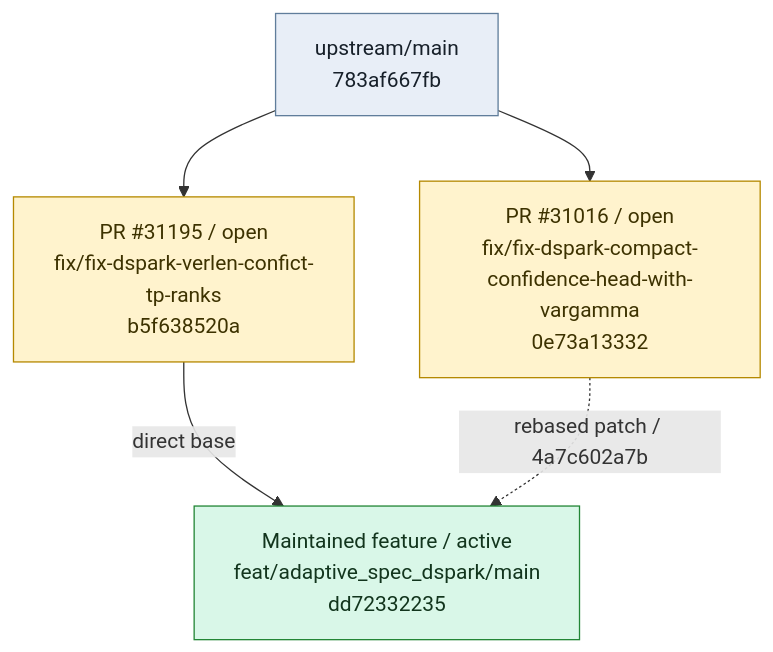
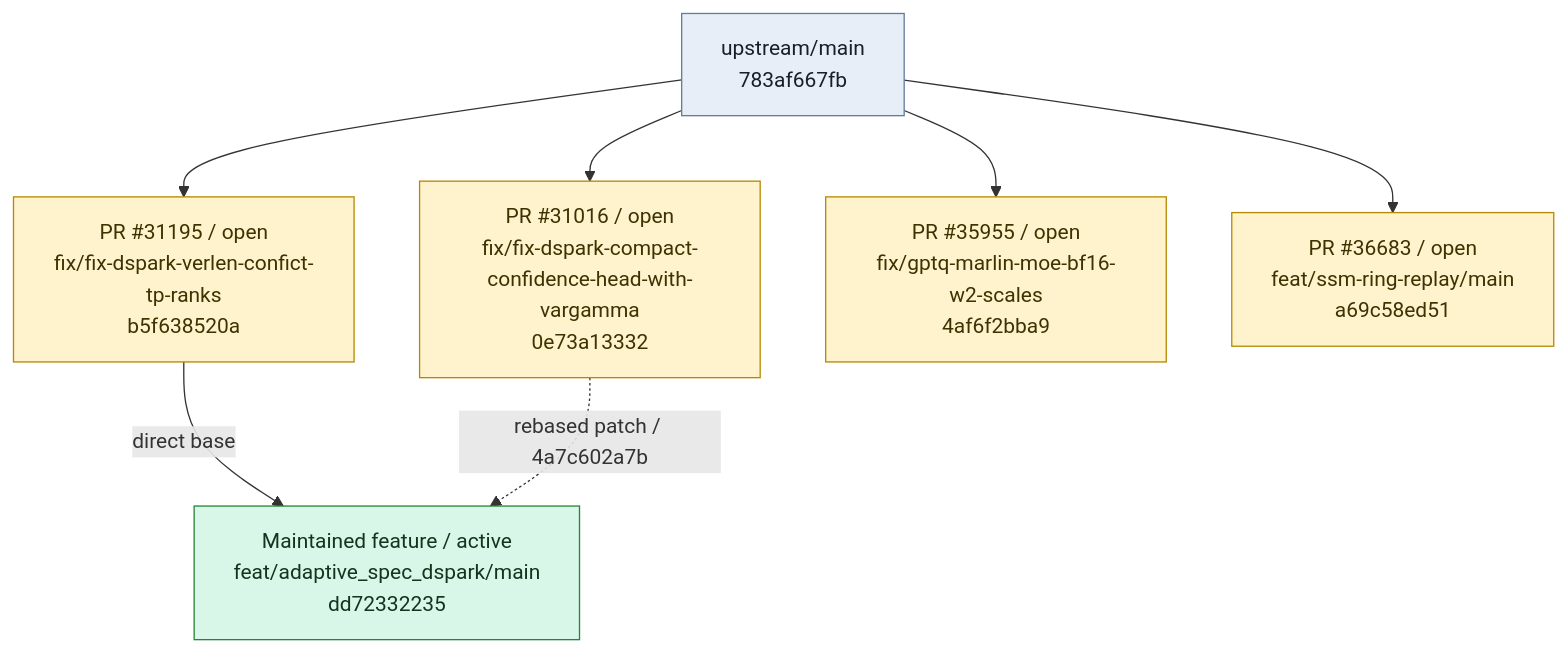
One commit to EanWang211123/sglang changed the first of 2 diagrams in BRANCH_GRAPH.md. Above: the diagram before and after it, drawn with Mermaid. The commit also changed 2 other files, not shown here.

Commit message:
meta: register PRs 35955 and 36683

````diff
--- a/BRANCH_GRAPH.md
+++ b/BRANCH_GRAPH.md
@@ -11,20 +11,26 @@
 ```mermaid
 flowchart TD
     base_upstream_main["upstream/main<br/>783af667fb"]
     branch_dspark_tp_budget_sync["PR #31195 / open<br/>fix/fix-dspark-verlen-confict-tp-ranks<br/>b5f638520a"]
     base_upstream_main --> branch_dspark_tp_budget_sync
     click branch_dspark_tp_budget_sync "https://github.com/sgl-project/sglang/pull/31195"
     branch_dspark_runtime_gamma["PR #31016 / open<br/>fix/fix-dspark-compact-confidence-head-with-vargamma<br/>0e73a13332"]
     base_upstream_main --> branch_dspark_runtime_gamma
     click branch_dspark_runtime_gamma "https://github.com/sgl-project/sglang/pull/31016"
+    branch_gptq_marlin_moe_bf16_w2_scales["PR #35955 / open<br/>fix/gptq-marlin-moe-bf16-w2-scales<br/>4af6f2bba9"]
+    base_upstream_main --> branch_gptq_marlin_moe_bf16_w2_scales
+    click branch_gptq_marlin_moe_bf16_w2_scales "https://github.com/sgl-project/sglang/pull/35955"
+    branch_replayssm_dflash_dspark["PR #36683 / open<br/>feat/ssm-ring-replay/main<br/>a69c58ed51"]
+    base_upstream_main --> branch_replayssm_dflash_dspark
+    click branch_replayssm_dflash_dspark "https://github.com/sgl-project/sglang/pull/36683"
     branch_dspark_adaptive["Maintained feature / active<br/>feat/adaptive_spec_dspark/main<br/>dd72332235"]
     click branch_dspark_adaptive "https://github.com/EanWang211123/sglang/tree/feat/adaptive_spec_dspark/main"
     branch_dspark_tp_budget_sync -->|"direct base"| branch_dspark_adaptive
     branch_dspark_runtime_gamma -.->|"rebased patch / 4a7c602a7b"| branch_dspark_adaptive
     classDef base fill:#e8eef7,stroke:#607d9b,color:#17202a
     classDef pr fill:#fff3cd,stroke:#b58900,color:#3d3200
     classDef feature fill:#d9f7e8,stroke:#238636,color:#12351d
     class base_upstream_main base
-    class branch_dspark_tp_budget_sync,branch_dspark_runtime_gamma pr
+    class branch_dspark_tp_budget_sync,branch_dspark_runtime_gamma,branch_gptq_marlin_moe_bf16_w2_scales,branch_replayssm_dflash_dspark pr
     class branch_dspark_adaptive feature
 ```
````
